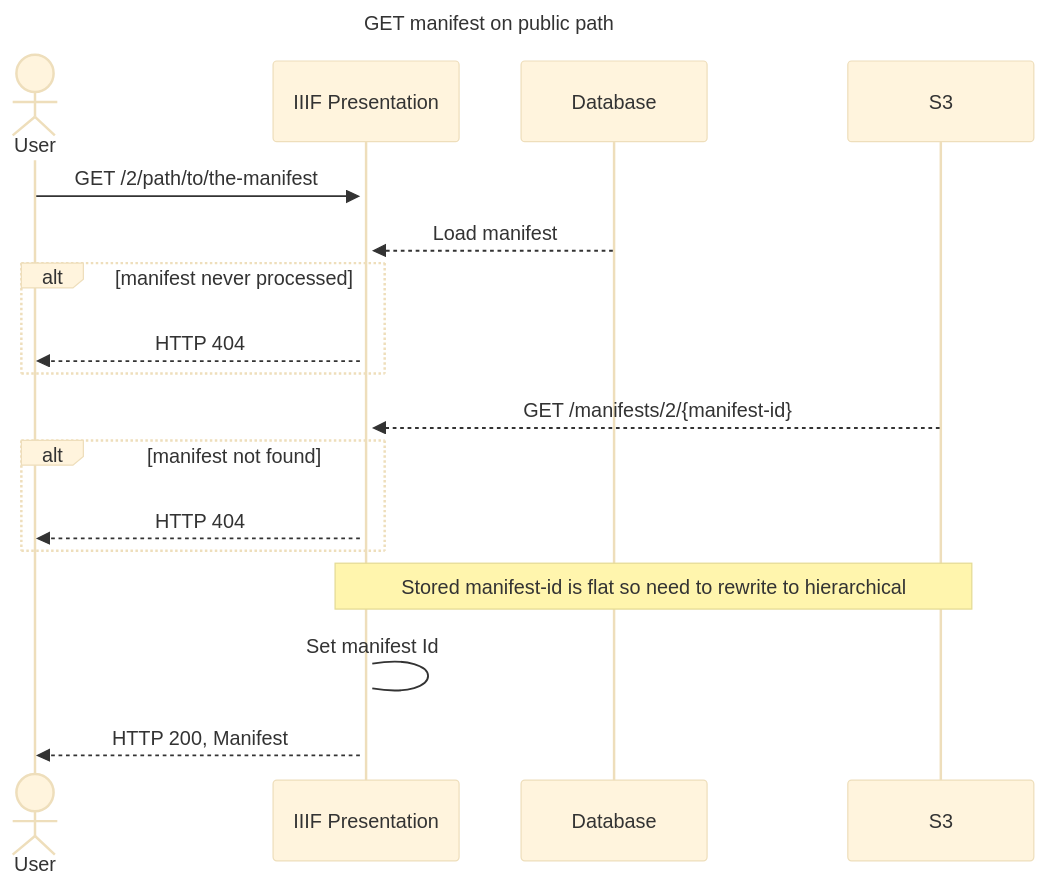
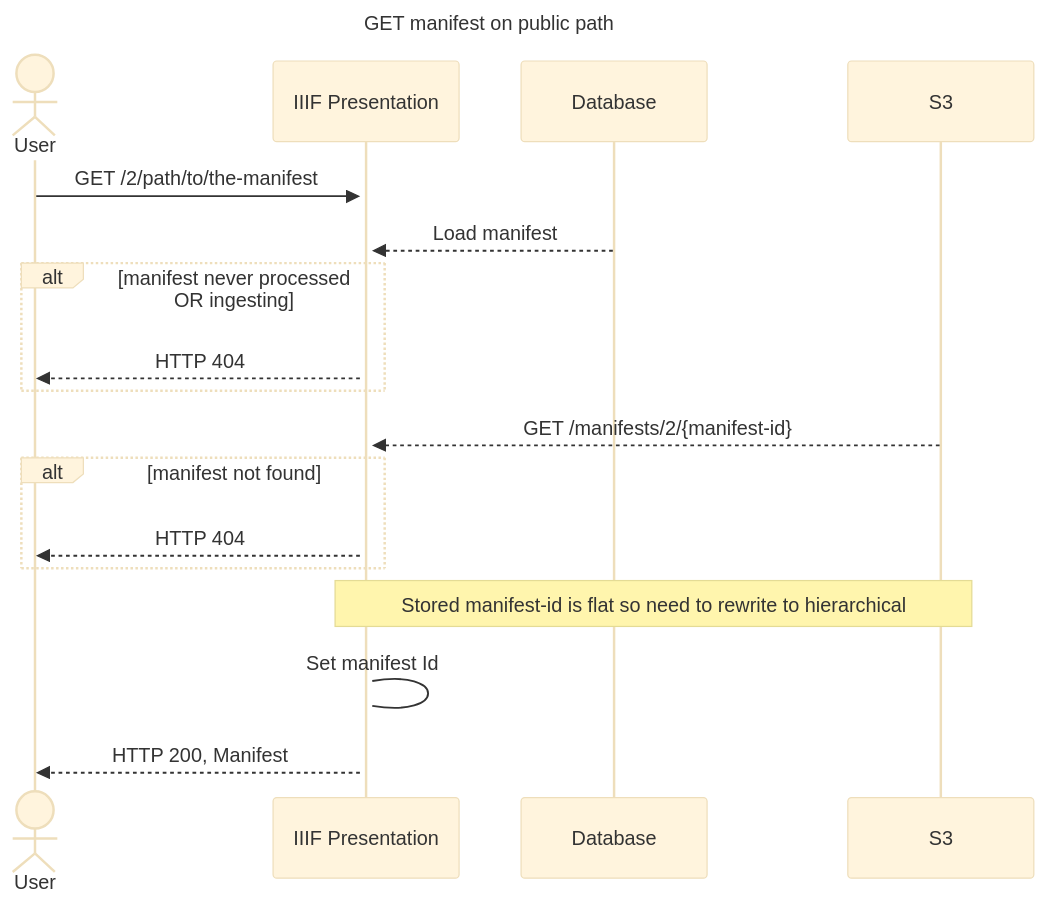
One commit to dlcs/iiif-presentation changed the fourth of 5 diagrams in docs/rfcs/0002-manifest-write-mvp.md. Above: the diagram before and after it, drawn with Mermaid (base theme). The commit also changed other lines of this file, not shown here.

Commit message:
Clarify public get in manifest mvp RFC + remove qs

````diff
--- a/docs/rfcs/0002-manifest-write-mvp.md
+++ b/docs/rfcs/0002-manifest-write-mvp.md
@@ -129,25 +129,26 @@
 ```mermaid
 ---
 title: GET manifest on public path
 ---
 sequenceDiagram
     actor U as User
     participant P as IIIF Presentation
     participant DB as Database
     participant S as S3
 
     U->>+P: GET /2/path/to/the-manifest
 
     DB-->>P: Load manifest
-    alt manifest never processed
+    alt manifest never processed OR ingesting
         P-->>U: HTTP 404
     end
+
     S-->>P: GET /manifests/2/{manifest-id}
     alt manifest not found
         P-->>U: HTTP 404
     end
 
     note over P,S: Stored manifest-id is flat so need to rewrite to hierarchical
     P->P: Set manifest Id
     P-->>U: HTTP 200, Manifest
 ```
````
